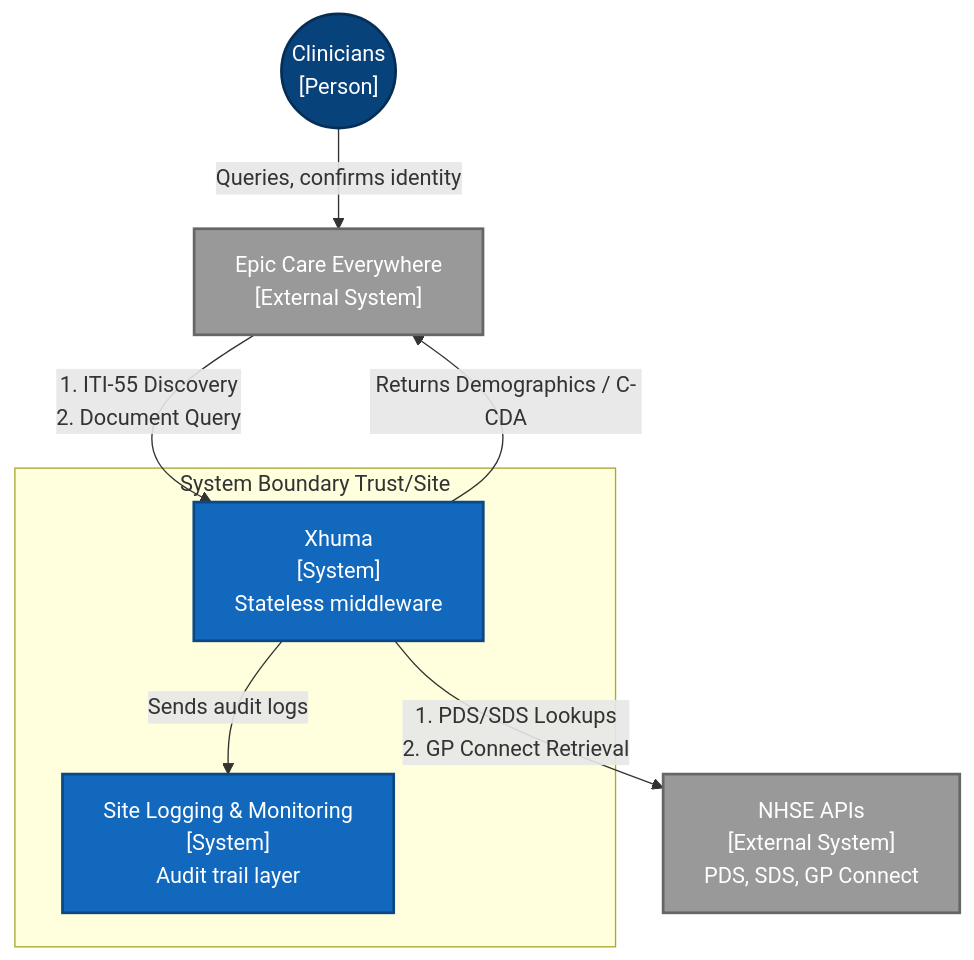
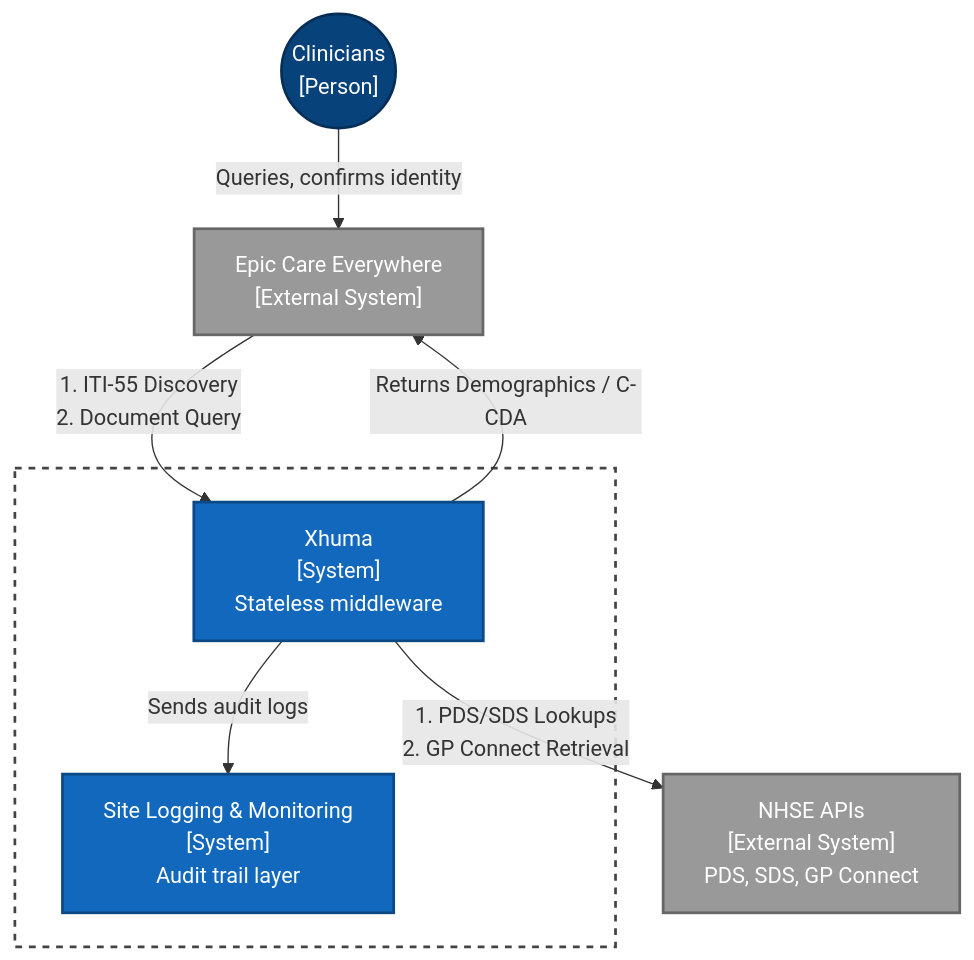
One commit to UCLH-Digital-Innovation-Hub/Xhuma changed the first of 6 diagrams in docs/technical_architecture.md. Above: the diagram before and after it, drawn with Mermaid. The commit also changed other lines of this file and 3 other files, not shown here.

````diff
--- a/docs/technical_architecture.md
+++ b/docs/technical_architecture.md
@@ -11,28 +11,28 @@
 ```mermaid
 flowchart TD
     classDef person fill:#08427b,color:#fff,stroke:#052e56,stroke-width:2px;
     classDef system fill:#1168bd,color:#fff,stroke:#0b4884,stroke-width:2px;
     classDef ext_system fill:#999,color:#fff,stroke:#666,stroke-width:2px;
     classDef boundary fill:none,color:#fff,stroke:#444,stroke-width:2px,stroke-dasharray: 5 5;
 
     %% Elements
     Clinician(("Clinicians\n[Person]")):::person
     
     Epic["Epic Care Everywhere\n[External System]"]:::ext_system
 
     subgraph TrustBoundary[System Boundary Trust/Site]
         Xhuma["Xhuma\n[System]\nStateless middleware"]:::system
         Monitor["Site Logging & Monitoring\n[System]\nAudit trail layer"]:::system
     end
 
     NHSE["NHSE APIs\n[External System]\nPDS, SDS, GP Connect"]:::ext_system
 
     %% Relationships
     Clinician -->|Queries, confirms identity| Epic
     Epic -->|"1. ITI-55 Discovery<br>2. Document Query"| Xhuma
     Xhuma -->|"Returns Demographics / C-CDA"| Epic
     Xhuma -->|"1. PDS/SDS Lookups<br>2. GP Connect Retrieval"| NHSE
     Xhuma -->|"Sends audit logs"| Monitor
     
-    class UCLHBoundary boundary;
+    class TrustBoundary boundary;
 ```
````
